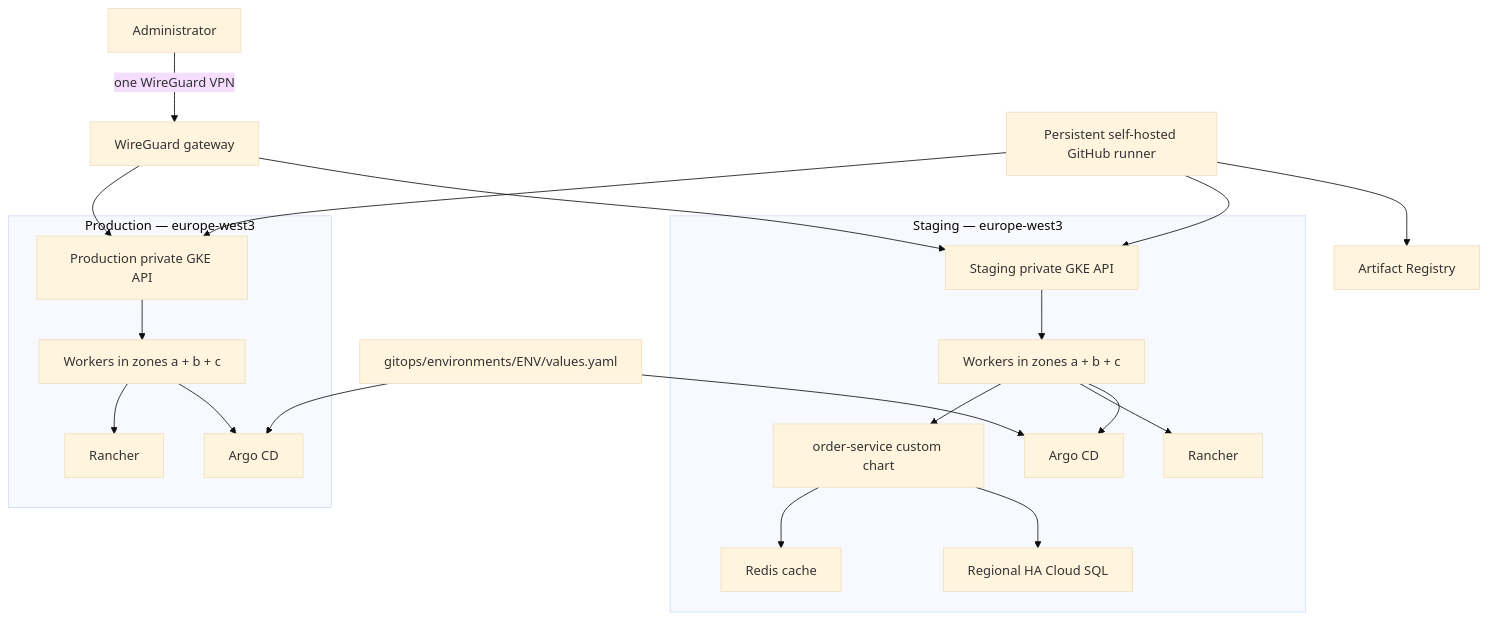
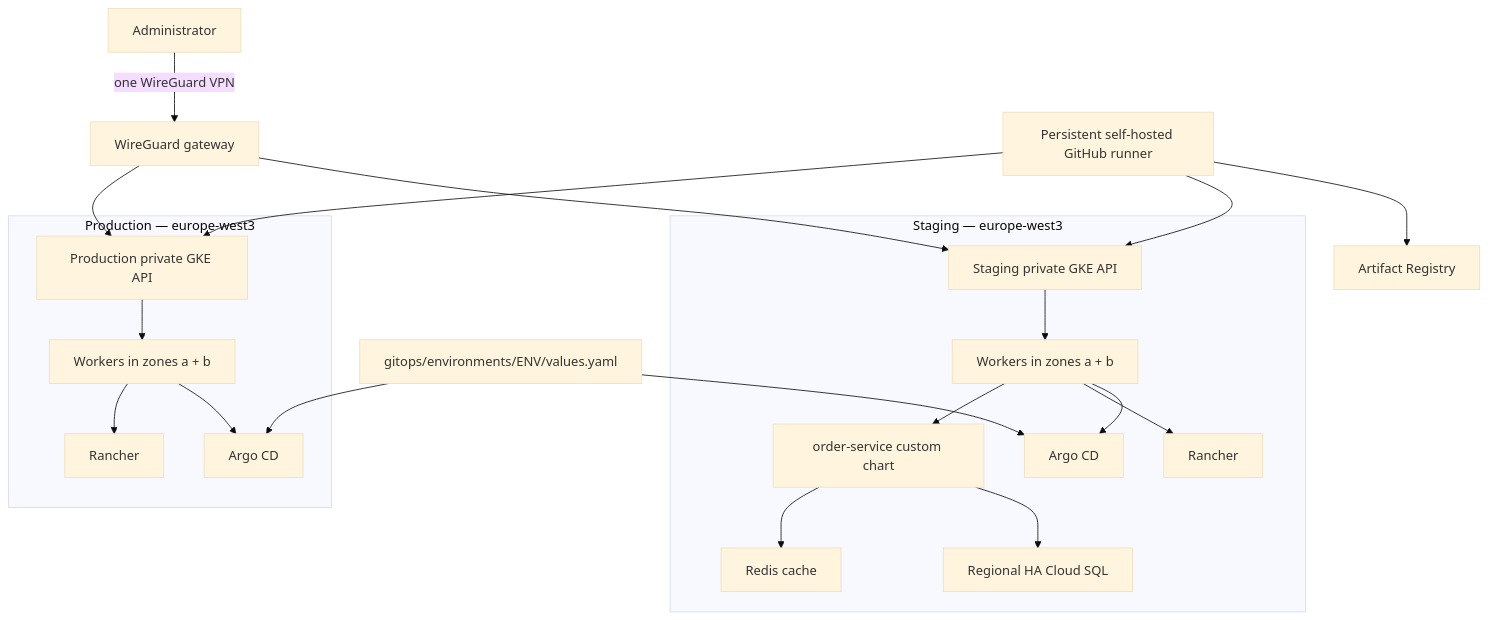
Before and after one commit to Andarol/Test_Task: the diagram in README.md, drawn with Mermaid (base theme). The commit also changed other lines of this file and 10 other files, not shown here.

````diff
--- a/README.md
+++ b/README.md
@@ -13,27 +13,27 @@
 ```mermaid
 flowchart TB
   Admin["Administrator"] -->|"one WireGuard VPN"| VPN["WireGuard gateway"]
   Runner["Persistent self-hosted GitHub runner"] --> Registry["Artifact Registry"]
   Runner --> StageAPI["Staging private GKE API"]
   Runner --> ProdAPI["Production private GKE API"]
   VPN --> StageAPI
   VPN --> ProdAPI
 
   subgraph Staging["Staging — europe-west3"]
-    StageAPI --> StageWorkers["Workers in zones a + b + c"]
+    StageAPI --> StageWorkers["Workers in zones a + b"]
     StageWorkers --> StageArgo["Argo CD"]
     StageWorkers --> StageRancher["Rancher"]
     StageWorkers --> StageApp["order-service custom chart"]
     StageApp --> StageDB["Regional HA Cloud SQL"]
     StageApp --> StageRedis["Redis cache"]
   end
 
   subgraph Production["Production — europe-west3"]
-    ProdAPI --> ProdWorkers["Workers in zones a + b + c"]
+    ProdAPI --> ProdWorkers["Workers in zones a + b"]
     ProdWorkers --> ProdArgo["Argo CD"]
     ProdWorkers --> ProdRancher["Rancher"]
   end
 
   Git["gitops/environments/ENV/values.yaml"] --> StageArgo
   Git --> ProdArgo
 ```
````
